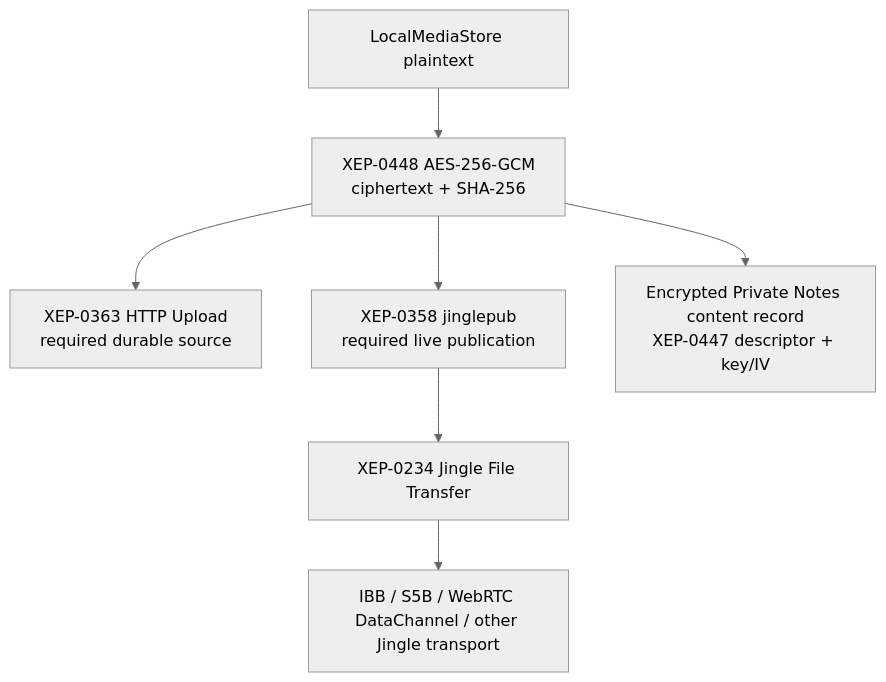
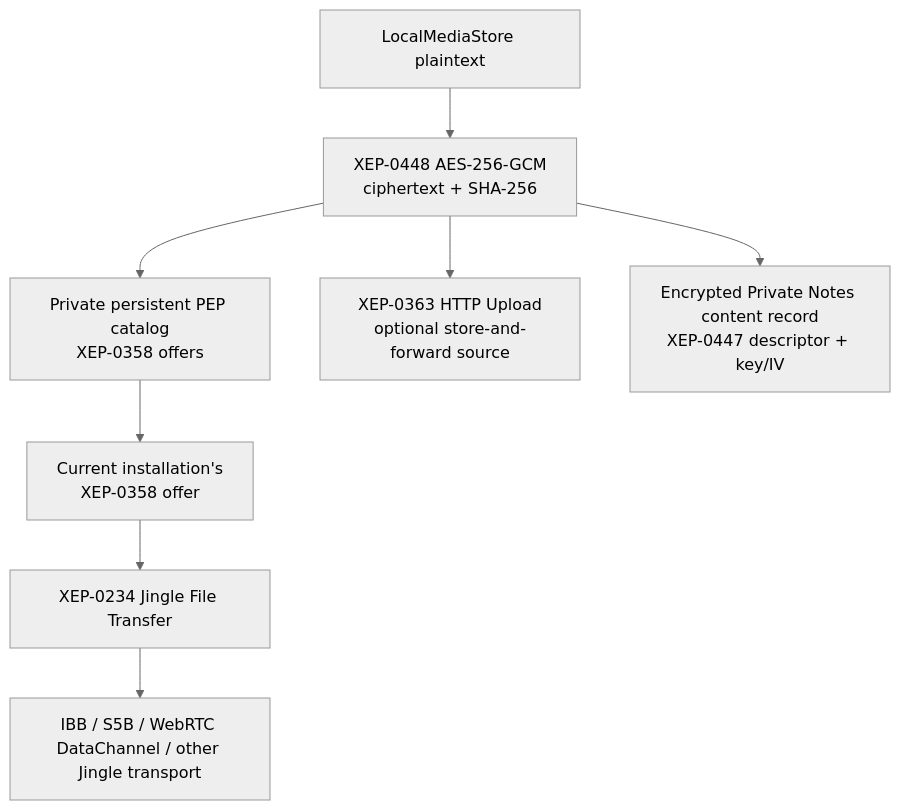
The seventh of 7 diagrams in docs/media-storage-architecture.md (Ri0n/AnyKeep), drawn with Mermaid (neutral theme) before and after one commit. The commit also changed other lines of this file and 48 other files, not shown here.

````diff
--- a/docs/media-storage-architecture.md
+++ b/docs/media-storage-architecture.md
@@ -314,15 +314,17 @@
 ```mermaid
 flowchart TD
     LOCAL["LocalMediaStore plaintext"]
     ESFS["XEP-0448 AES-256-GCM<br/>ciphertext + SHA-256"]
-    HTTP["XEP-0363 HTTP Upload<br/>required durable source"]
-    JP["XEP-0358 jinglepub<br/>required live publication"]
+    CATALOG["Private persistent PEP catalog<br/>XEP-0358 offers"]
+    HTTP["XEP-0363 HTTP Upload<br/>optional store-and-forward source"]
+    JP["Current installation's<br/>XEP-0358 offer"]
     JFT["XEP-0234 Jingle File Transfer"]
     TRANSPORT["IBB / S5B / WebRTC DataChannel / other Jingle transport"]
     NOTE["Encrypted Private Notes content record<br/>XEP-0447 descriptor + key/IV"]
 
     LOCAL --> ESFS
+    ESFS --> CATALOG
     ESFS --> HTTP
-    ESFS --> JP --> JFT --> TRANSPORT
+    CATALOG --> JP --> JFT --> TRANSPORT
     ESFS --> NOTE
 ```
````
